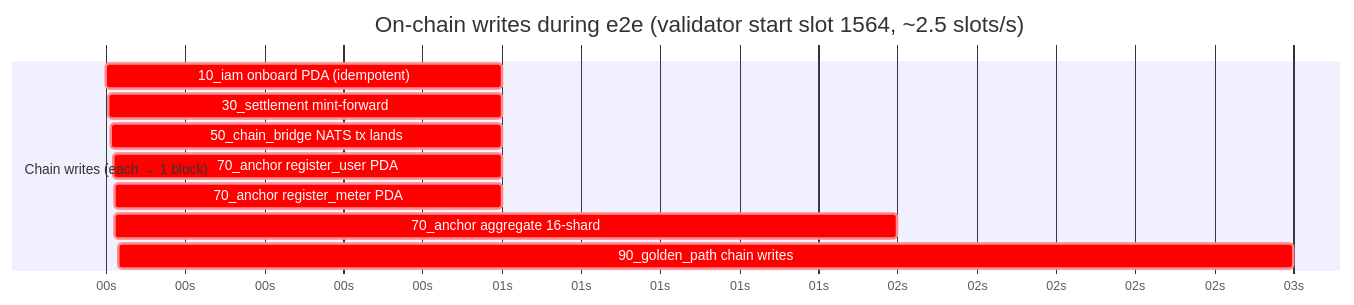
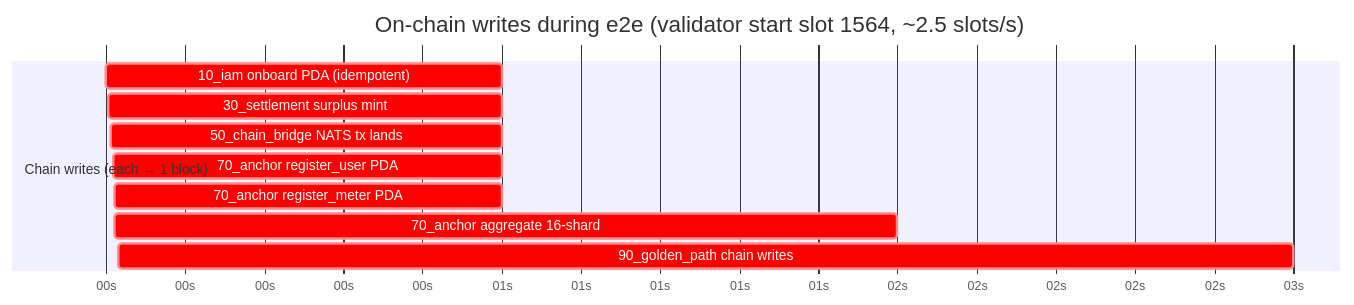
One commit to NakaSato/gridtokenx-coresystem changed the second of 3 diagrams in docs/e2e-cross-service-communication.md. Above: the diagram before and after it, drawn with Mermaid. The commit also changed other lines of this file and 3 other files, not shown here.

````diff
--- a/docs/e2e-cross-service-communication.md
+++ b/docs/e2e-cross-service-communication.md
@@ -137,14 +137,14 @@
 ```mermaid
 gantt
     title On-chain writes during e2e (validator start slot 1564, ~2.5 slots/s)
     dateFormat X
     axisFormat %Ss
     section Chain writes (each → 1 block)
     10_iam onboard PDA (idempotent)   :crit, 0, 1
-    30_settlement mint-forward         :crit, 7, 1
+    30_settlement surplus mint         :crit, 7, 1
     50_chain_bridge NATS tx lands      :crit, 14, 1
     70_anchor register_user PDA        :crit, 20, 1
     70_anchor register_meter PDA       :crit, 21, 1
     70_anchor aggregate 16-shard       :crit, 22, 2
     90_golden_path chain writes        :crit, 30, 3
 ```
````
